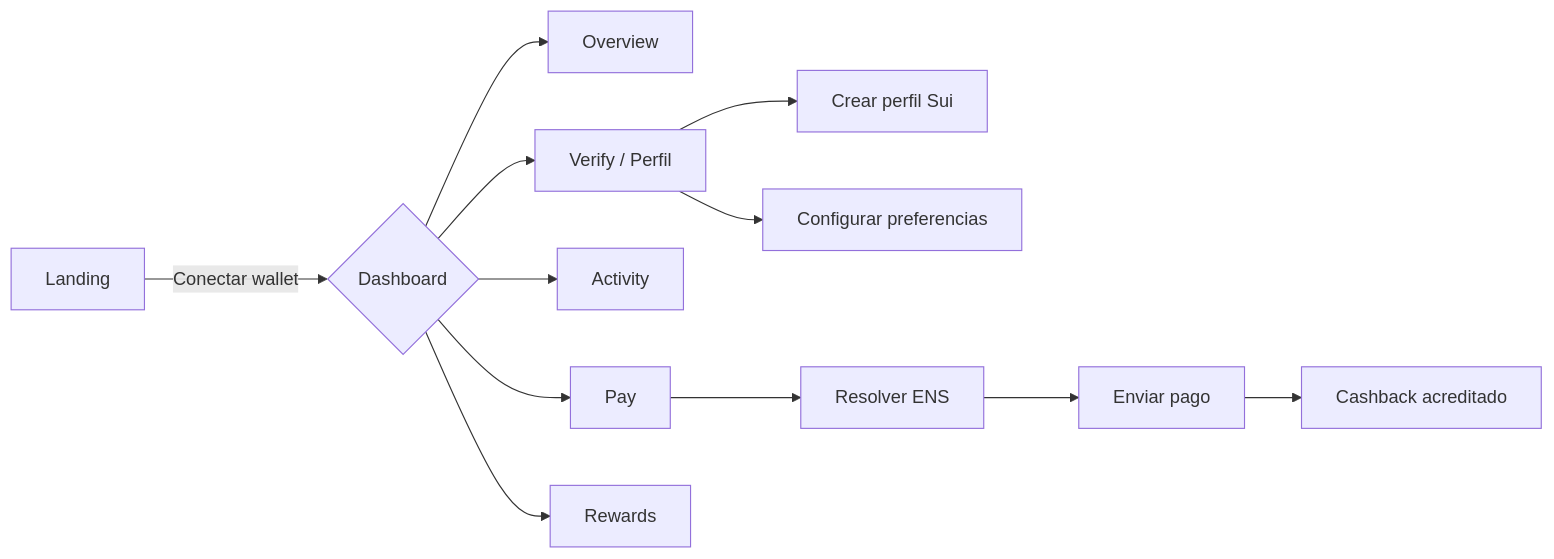
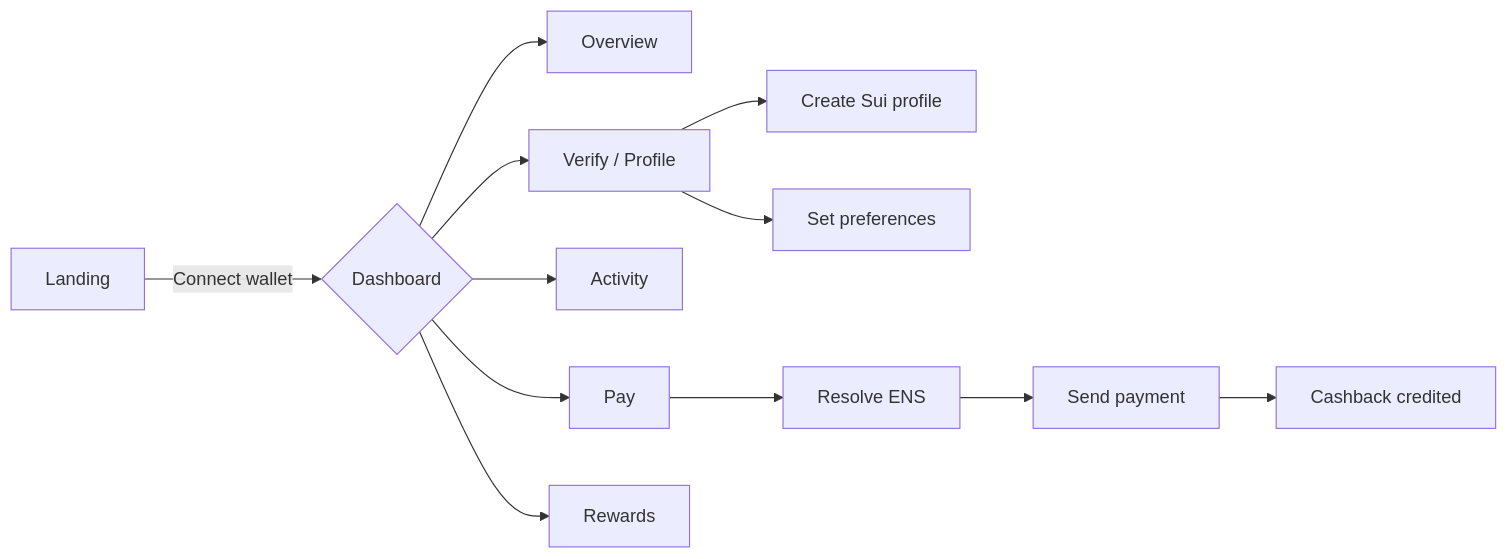
One commit to SegFaultPapi/cashback-id changed the first of 5 diagrams in README.md. Above: the diagram before and after it, drawn with Mermaid. The commit also changed other lines of this file, not shown here.

Commit message:
docs: README in English, fix Pay Mermaid diagram (semicolon parse error)

````diff
--- a/README.md
+++ b/README.md
@@ -37,14 +37,14 @@
 ```mermaid
 flowchart LR
-  A[Landing] -->|Conectar wallet| B{Dashboard}
+  A[Landing] -->|Connect wallet| B{Dashboard}
   B --> C[Overview]
   B --> D[Pay]
   B --> E[Activity]
-  B --> F[Verify / Perfil]
+  B --> F[Verify / Profile]
   B --> G[Rewards]
-  F --> H[Crear perfil Sui]
-  F --> I[Configurar preferencias]
-  D --> J[Resolver ENS]
-  J --> K[Enviar pago]
-  K --> L[Cashback acreditado]
+  F --> H[Create Sui profile]
+  F --> I[Set preferences]
+  D --> J[Resolve ENS]
+  J --> K[Send payment]
+  K --> L[Cashback credited]
 ```
````
